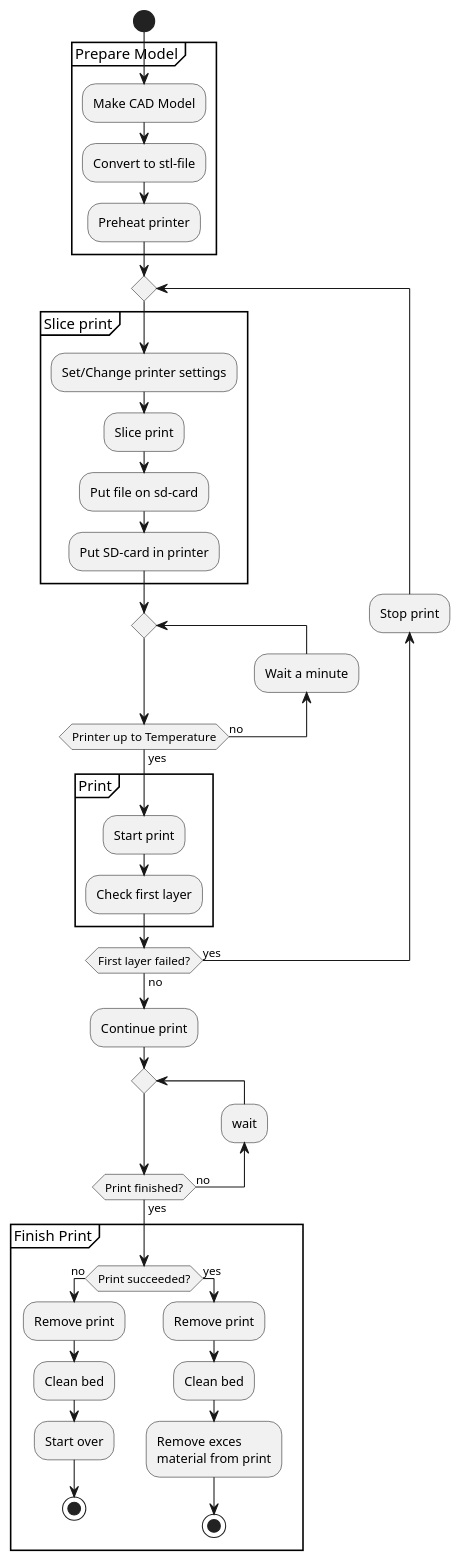
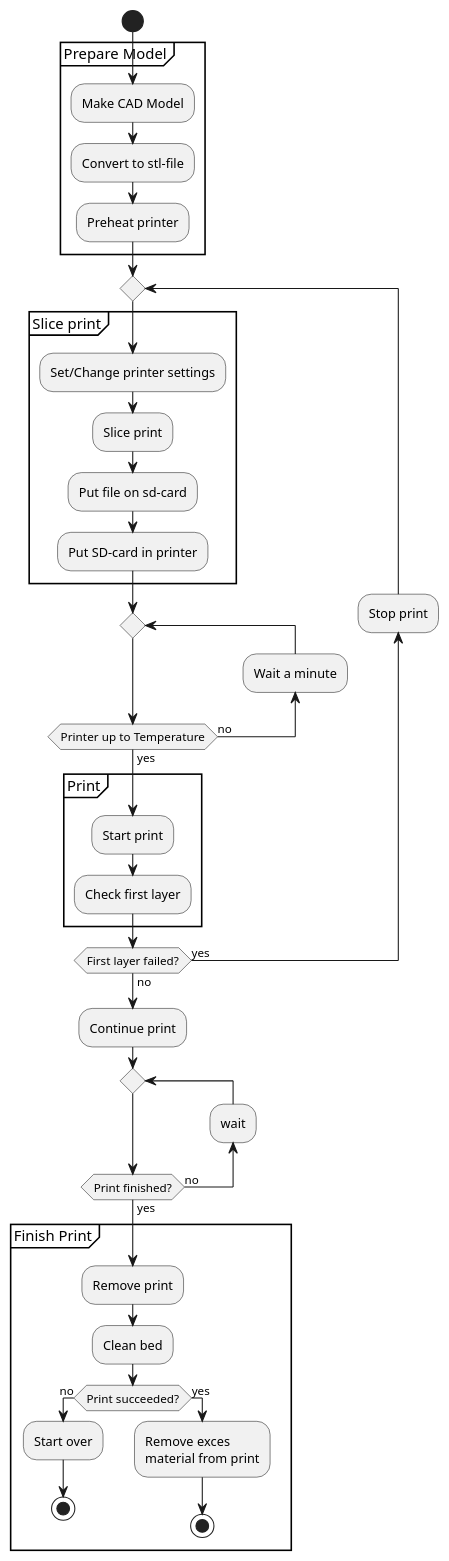
The diagram in src/.chapter_2.md (QuintenWeerkamp/Routine), drawn with PlantUML before and after one commit. The commit also changed 74 other files, not shown here.

````diff
--- a/src/.chapter_2.md
+++ b/src/.chapter_2.md
@@ -2,43 +2,41 @@
 ```plantuml
 @startuml
 Start
 Group Prepare Model
 :Make CAD Model;
 :Convert to stl-file;
 :Preheat printer;
 end group
 Repeat
 backward:Stop print;
 group Slice print
 :Set/Change printer settings;
 :Slice print;
 :Put file on sd-card;
 :Put SD-card in printer;
 end group
 Repeat
 backward:Wait a minute;
 repeat while (Printer up to Temperature) is (no) not (yes)
 Group Print
 :Start print;
 :Check first layer;
 End group
 Repeat while (First layer failed?) is (yes) not (no)
 :Continue print;
 Repeat
 backward:wait;
 repeat while (Print finished?) is (no) not (yes)
 Group Finish Print
-If (Print succeeded?) then (no)
 :Remove print;
 :Clean bed;
+If (Print succeeded?) then (no)
 :Start over;
 stop
 Else (yes)
-:Remove print;
-:Clean bed;
 :Remove exces\nmaterial from print;
 stop
 endif
 end group
 @enduml
 ```
````
